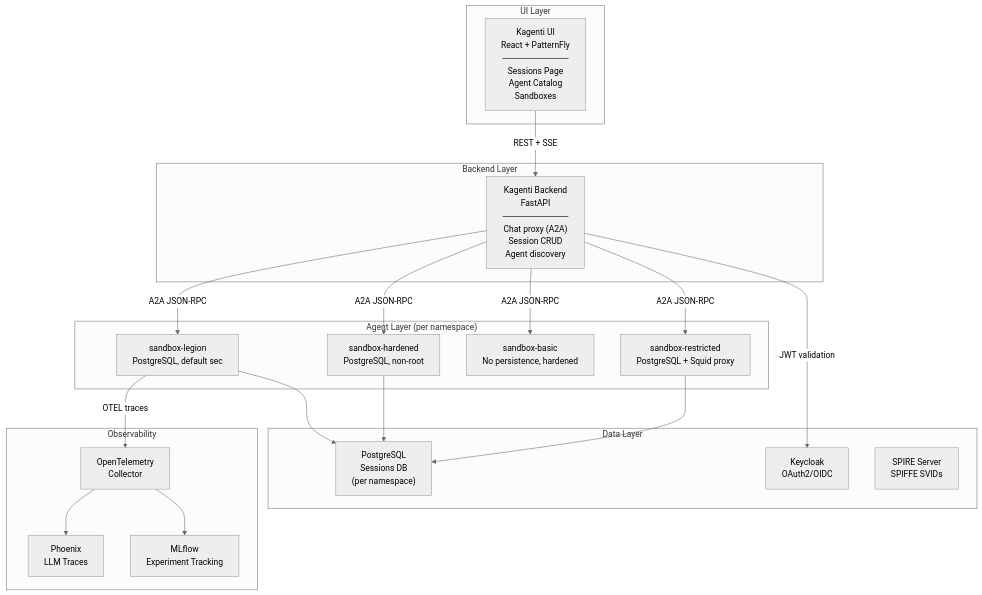
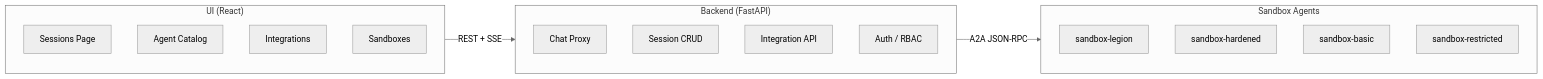
Before and after one commit to kagenti/kagenti: the second of 11 diagrams in docs/plans/2026-03-01-sandbox-platform-design.md, drawn with Mermaid (neutral theme). The commit also changed other lines of this file, not shown here.

First line of the commit message:
docs: rewrite design doc with clean separated C4 diagrams

````diff
--- a/docs/plans/2026-03-01-sandbox-platform-design.md
+++ b/docs/plans/2026-03-01-sandbox-platform-design.md
@@ -36,42 +39,26 @@
 ```mermaid
-graph TB
-    subgraph UI_Layer["UI Layer"]
-        ReactUI["Kagenti UI<br/>React + PatternFly<br/>───────────<br/>Sessions Page<br/>Agent Catalog<br/>Sandboxes"]
+graph LR
+    subgraph UI["UI (React)"]
+        sessions["Sessions Page"]
+        agents["Agent Catalog"]
+        integrations["Integrations"]
+        sandboxes["Sandboxes"]
     end
 
-    subgraph Backend_Layer["Backend Layer"]
-        FastAPI["Kagenti Backend<br/>FastAPI<br/>───────────<br/>Chat proxy (A2A)<br/>Session CRUD<br/>Agent discovery"]
+    subgraph API["Backend (FastAPI)"]
+        chat["Chat Proxy"]
+        sandbox_api["Session CRUD"]
+        integ_api["Integration API"]
+        auth_api["Auth / RBAC"]
     end
 
-    subgraph Agent_Layer["Agent Layer (per namespace)"]
-        Legion["sandbox-legion<br/>PostgreSQL, default sec"]
-        Hardened["sandbox-hardened<br/>PostgreSQL, non-root"]
-        Basic["sandbox-basic<br/>No persistence, hardened"]
-        Restricted["sandbox-restricted<br/>PostgreSQL + Squid proxy"]
+    subgraph Agents["Sandbox Agents"]
+        legion["sandbox-legion"]
+        hardened["sandbox-hardened"]
+        basic["sandbox-basic"]
+        restricted["sandbox-restricted"]
     end
 
-    subgraph Data_Layer["Data Layer"]
-        PG["PostgreSQL<br/>Sessions DB<br/>(per namespace)"]
-        Keycloak["Keycloak<br/>OAuth2/OIDC"]
-        SPIRE["SPIRE Server<br/>SPIFFE SVIDs"]
-    end
-
-    subgraph Observability["Observability"]
-        Phoenix["Phoenix<br/>LLM Traces"]
-        MLflow["MLflow<br/>Experiment Tracking"]
-        OTEL["OpenTelemetry<br/>Collector"]
-    end
-
-    ReactUI -->|"REST + SSE"| FastAPI
-    FastAPI -->|"A2A JSON-RPC"| Legion
-    FastAPI -->|"A2A JSON-RPC"| Hardened
-    FastAPI -->|"A2A JSON-RPC"| Basic
-    FastAPI -->|"A2A JSON-RPC"| Restricted
-    Legion --> PG
-    Hardened --> PG
-    Restricted --> PG
-    FastAPI -->|"JWT validation"| Keycloak
-    Legion -->|"OTEL traces"| OTEL
-    OTEL --> Phoenix
-    OTEL --> MLflow
+    UI -->|"REST + SSE"| API
+    API -->|"A2A JSON-RPC"| Agents
 ```
````
